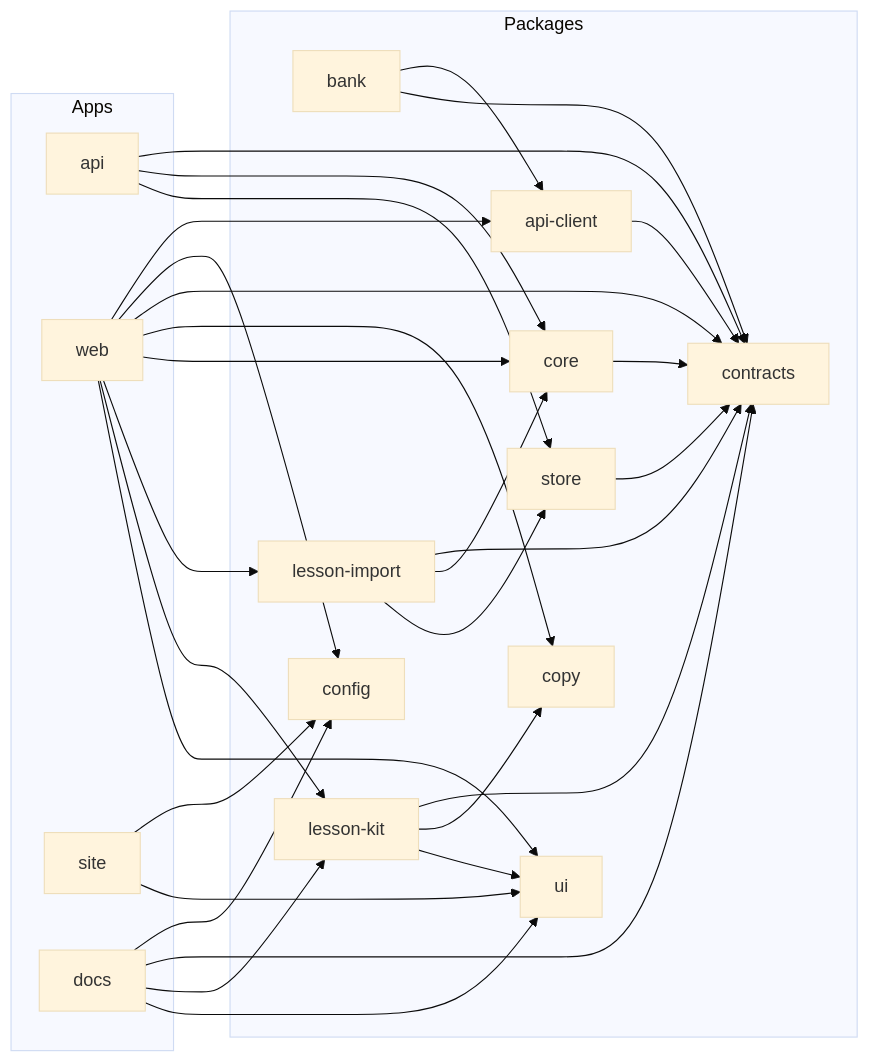
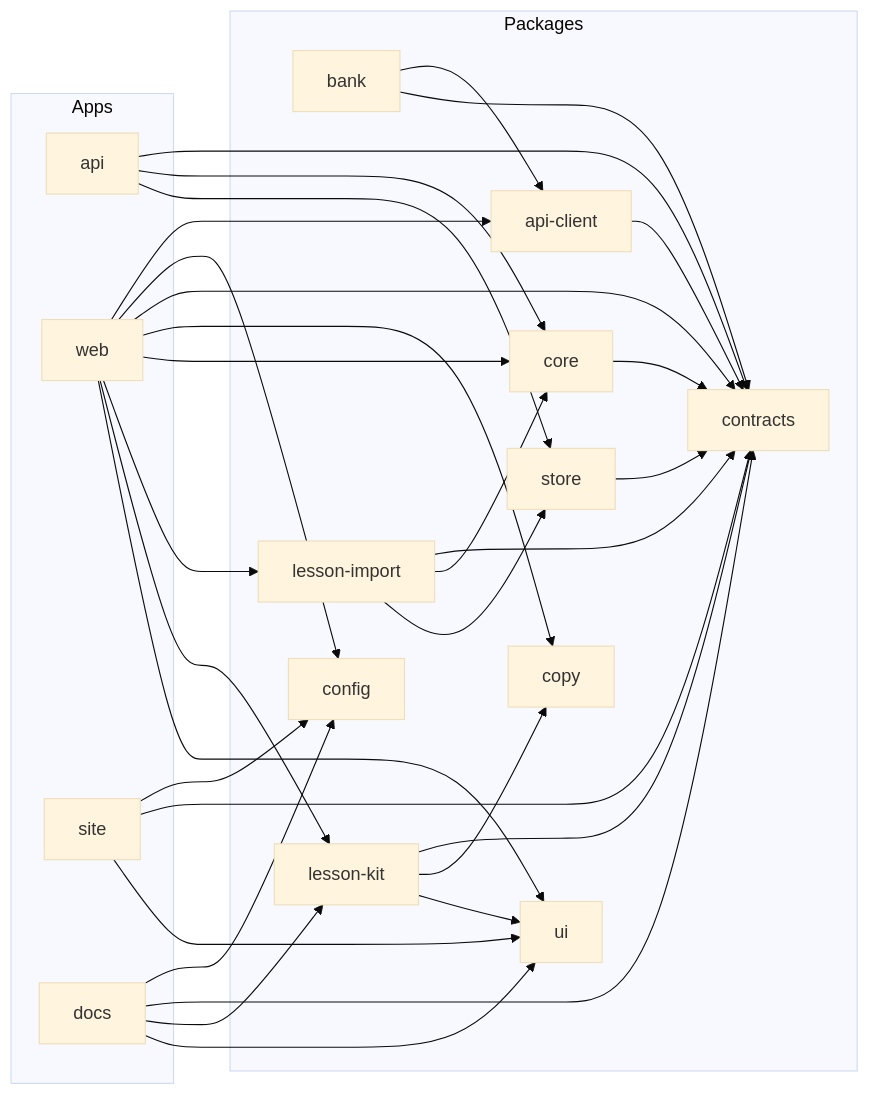
One commit to vasyl-stanislavchuk/jadwigo-hackathon changed the diagram in apps/docs/src/content/docs/architecture/monorepo.md. Above: the diagram before and after it, drawn with Mermaid (base theme). The commit also changed 10 other files, not shown here.

````diff
--- a/apps/docs/src/content/docs/architecture/monorepo.md
+++ b/apps/docs/src/content/docs/architecture/monorepo.md
@@ -20,49 +20,50 @@
 ```mermaid
 flowchart LR
   subgraph apps [Apps]
     api
     web
     site
     docs
   end
   subgraph packages [Packages]
     api_client["api-client"]
     bank
     config
     contracts
     copy
     core
     lesson_import["lesson-import"]
     lesson_kit["lesson-kit"]
     store
     ui
   end
   api --> contracts
   api --> core
   api --> store
   web --> api_client
   web --> config
   web --> contracts
   web --> copy
   web --> core
   web --> lesson_import
   web --> lesson_kit
   web --> ui
   site --> config
+  site --> contracts
   site --> ui
   docs --> config
   docs --> contracts
   docs --> lesson_kit
   docs --> ui
   api_client --> contracts
   bank --> api_client
   bank --> contracts
   core --> contracts
   lesson_import --> contracts
   lesson_import --> core
   lesson_import --> store
   lesson_kit --> contracts
   lesson_kit --> copy
   lesson_kit --> ui
   store --> contracts
 ```
````
